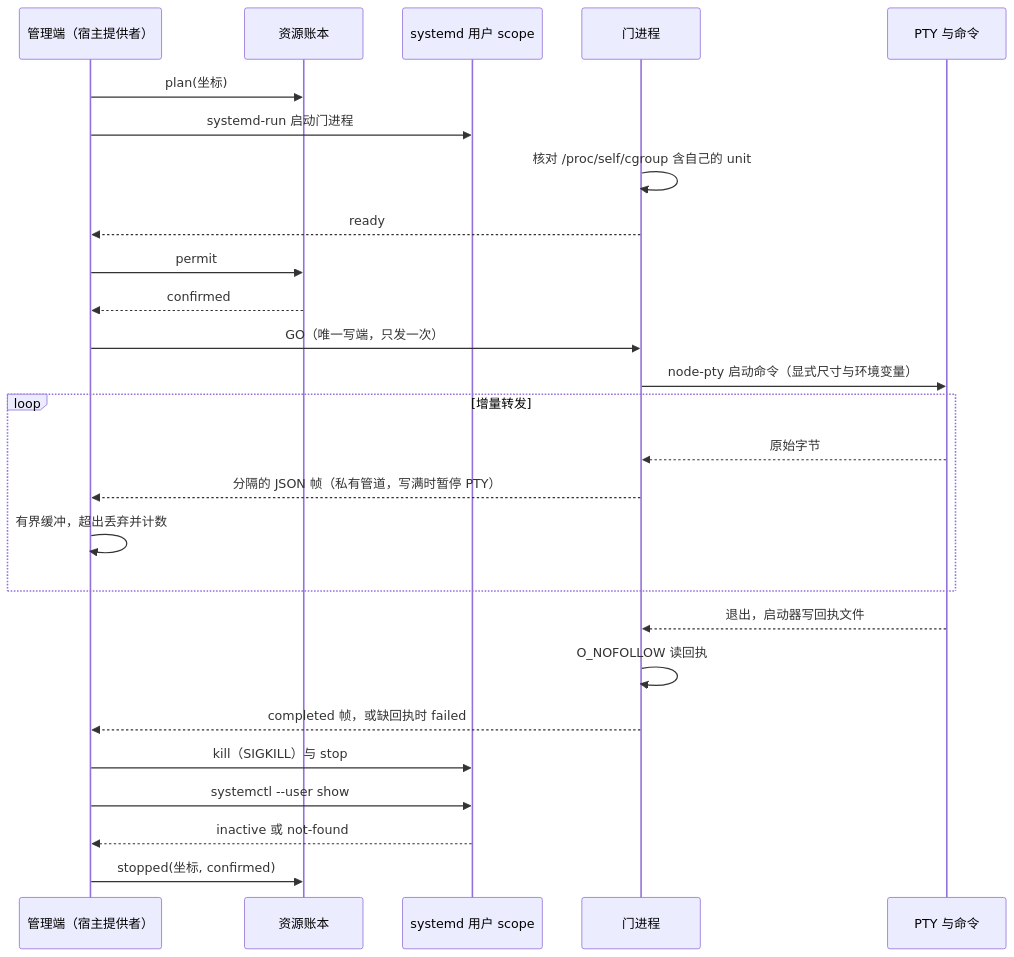
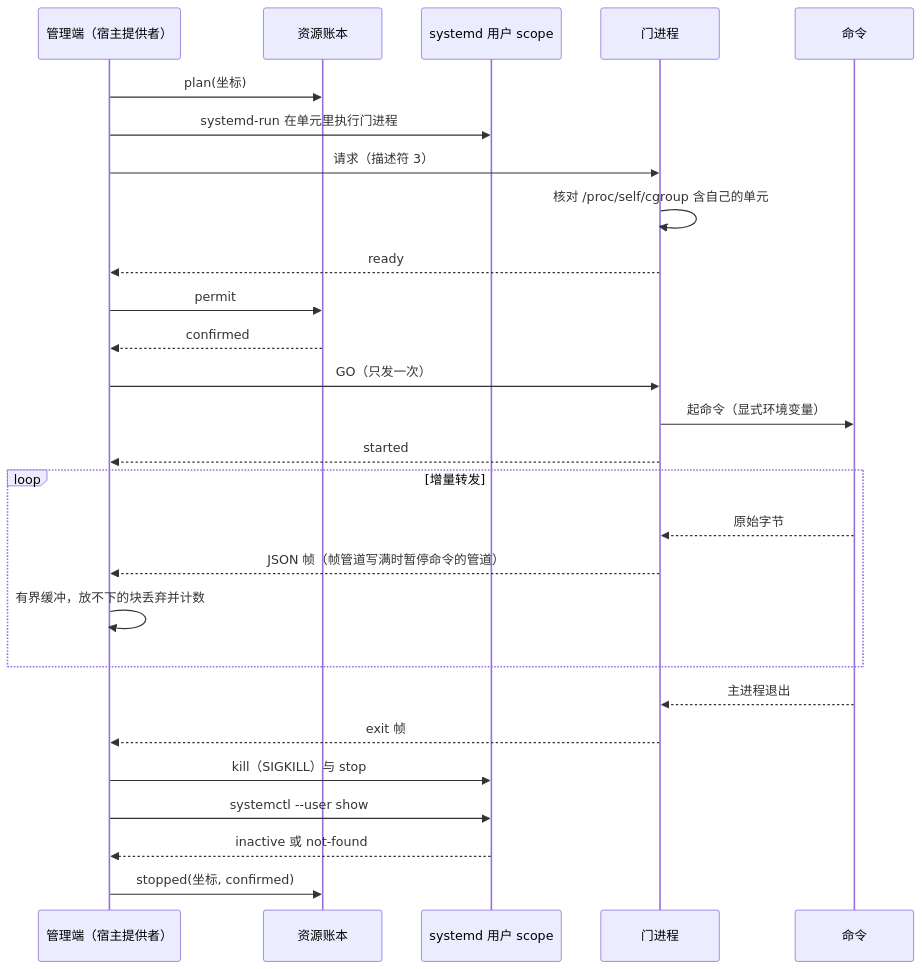
The second of 2 diagrams in packages/execution/execution-environment-host-local/docs/architecture.md (nemori-ai/omne-harness-lite), drawn with Mermaid before and after one commit. The commit also changed other lines of this file and 19 other files, not shown here.

````diff
--- a/packages/execution/execution-environment-host-local/docs/architecture.md
+++ b/packages/execution/execution-environment-host-local/docs/architecture.md
@@ -167,28 +192,29 @@
 ```mermaid
 sequenceDiagram
   participant M as 管理端（宿主提供者）
   participant R as 资源账本
   participant S as systemd 用户 scope
   participant G as 门进程
-  participant T as PTY 与命令
+  participant T as 命令
   M->>R: plan(坐标)
-  M->>S: systemd-run 启动门进程
-  G->>G: 核对 /proc/self/cgroup 含自己的 unit
+  M->>S: systemd-run 在单元里执行门进程
+  M->>G: 请求（描述符 3）
+  G->>G: 核对 /proc/self/cgroup 含自己的单元
   G-->>M: ready
   M->>R: permit
   R-->>M: confirmed
-  M->>G: GO（唯一写端，只发一次）
-  G->>T: node-pty 启动命令（显式尺寸与环境变量）
+  M->>G: GO（只发一次）
+  G->>T: 起命令（显式环境变量）
+  G-->>M: started
   loop 增量转发
     T-->>G: 原始字节
-    G-->>M: 分隔的 JSON 帧（私有管道，写满时暂停 PTY）
-    M->>M: 有界缓冲，超出丢弃并计数
+    G-->>M: JSON 帧（帧管道写满时暂停命令的管道）
+    M->>M: 有界缓冲，放不下的块丢弃并计数
   end
-  T-->>G: 退出，启动器写回执文件
-  G->>G: O_NOFOLLOW 读回执
-  G-->>M: completed 帧，或缺回执时 failed
+  T-->>G: 主进程退出
+  G-->>M: exit 帧
   M->>S: kill（SIGKILL）与 stop
   M->>S: systemctl --user show
   S-->>M: inactive 或 not-found
   M->>R: stopped(坐标, confirmed)
 ```
````
